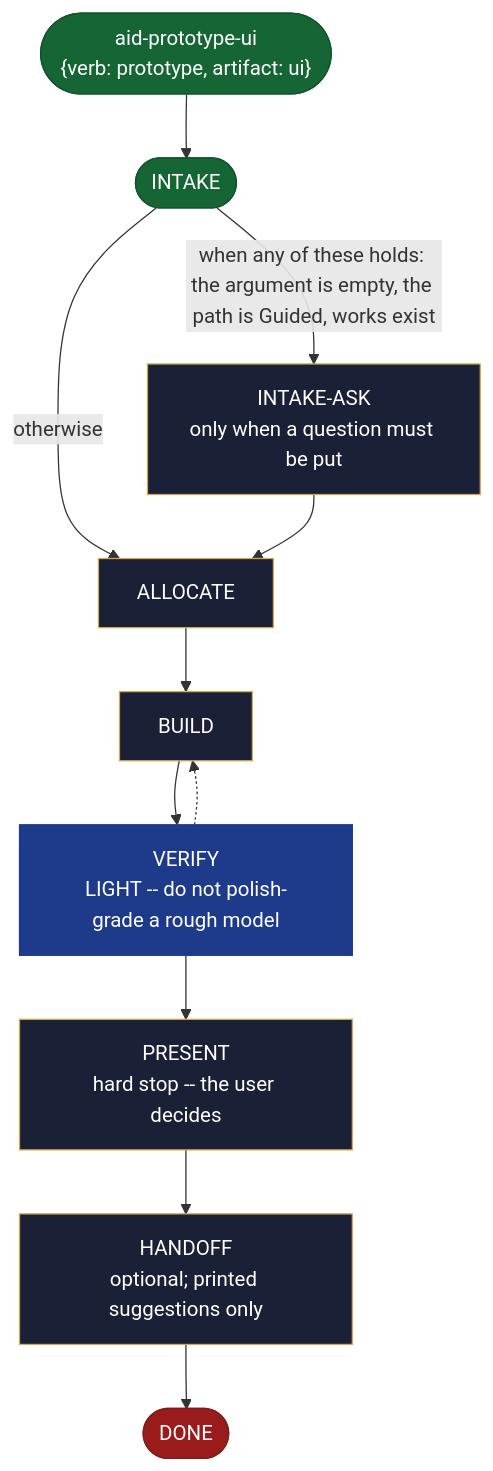
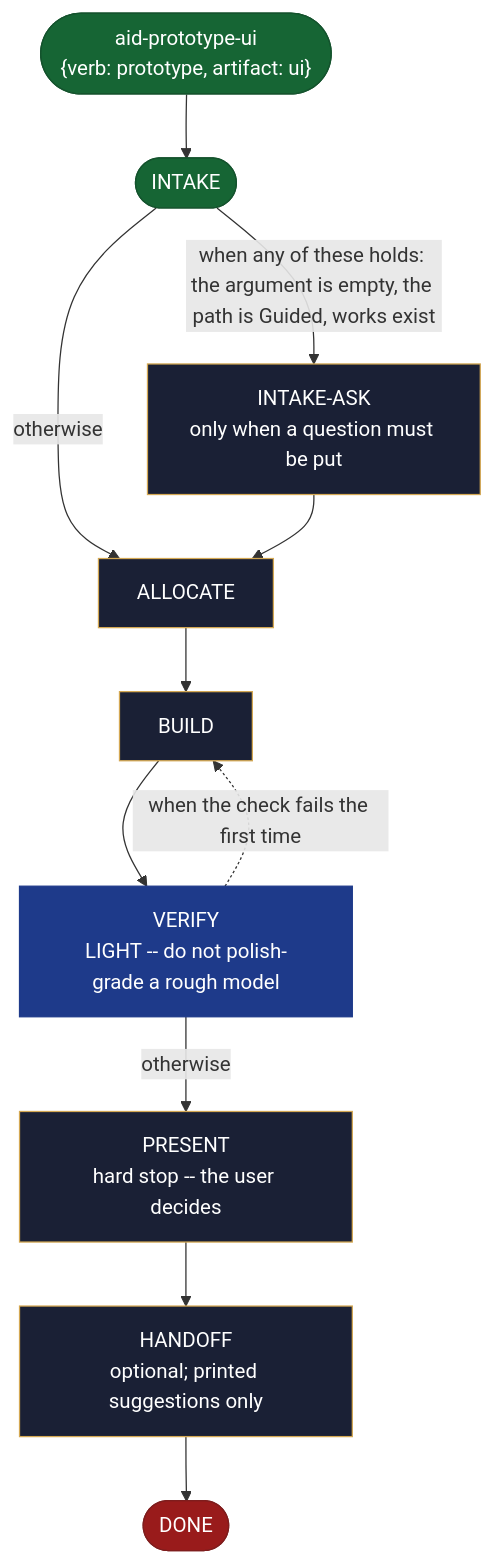
The diagram in site/src/content/docs/skills/aid-prototype-ui.md (AndreVianna/aid-methodology), drawn with Mermaid before and after one commit. The commit also changed 258 other files, not shown here.

````diff
--- a/site/src/content/docs/skills/aid-prototype-ui.md
+++ b/site/src/content/docs/skills/aid-prototype-ui.md
@@ -20,46 +20,46 @@
 ```mermaid
 flowchart TB
   classDef aidNode color:#fff
   classDef aidEntry fill:#166534,stroke:#14532d,color:#fff
   classDef aidExit fill:#991b1b,stroke:#7f1d1d,color:#fff
   classDef aidDecision fill:#92400e,stroke:#78350f,color:#fff
   classDef aidLoopBack fill:#1e3a8a,stroke:#1e3a8a,color:#fff
   classDef aidStep fill:#1a2035,stroke:#d4a853,color:#f1f5f9
   n1(["aid-prototype-ui<br/>{verb: prototype, artifact: ui}"])
   n2(["INTAKE"])
   n3["INTAKE-ASK<br/>only when a question must be put"]
   n4["ALLOCATE"]
   n5["BUILD"]
   n6["VERIFY<br/>LIGHT -- do not polish-grade a rough model"]
   n7["PRESENT<br/>hard stop -- the user decides"]
   n8["HANDOFF<br/>optional; printed suggestions only"]
   n9(["DONE"])
   n1 --> n2
   n2 -->|"when any of these holds: the argument is empty, the path is Guided, works exist"| n3
   n2 -->|"otherwise"| n4
   n3 --> n4
   n4 --> n5
   n5 --> n6
-  n6 -.-> n5
-  n6 --> n7
+  n6 -. "when the check fails the first time" .-> n5
+  n6 -->|"otherwise"| n7
   n7 --> n8
   n8 --> n9
   class n1 aidEntry
   class n2 aidEntry
   class n3 aidStep
   class n4 aidStep
   class n5 aidStep
   class n6 aidLoopBack
   class n7 aidStep
   class n8 aidStep
   class n9 aidExit
   class n1 aidNode
   class n2 aidNode
   class n3 aidNode
   class n4 aidNode
   class n5 aidNode
   class n6 aidNode
   class n7 aidNode
   class n8 aidNode
   class n9 aidNode
 ```
````
